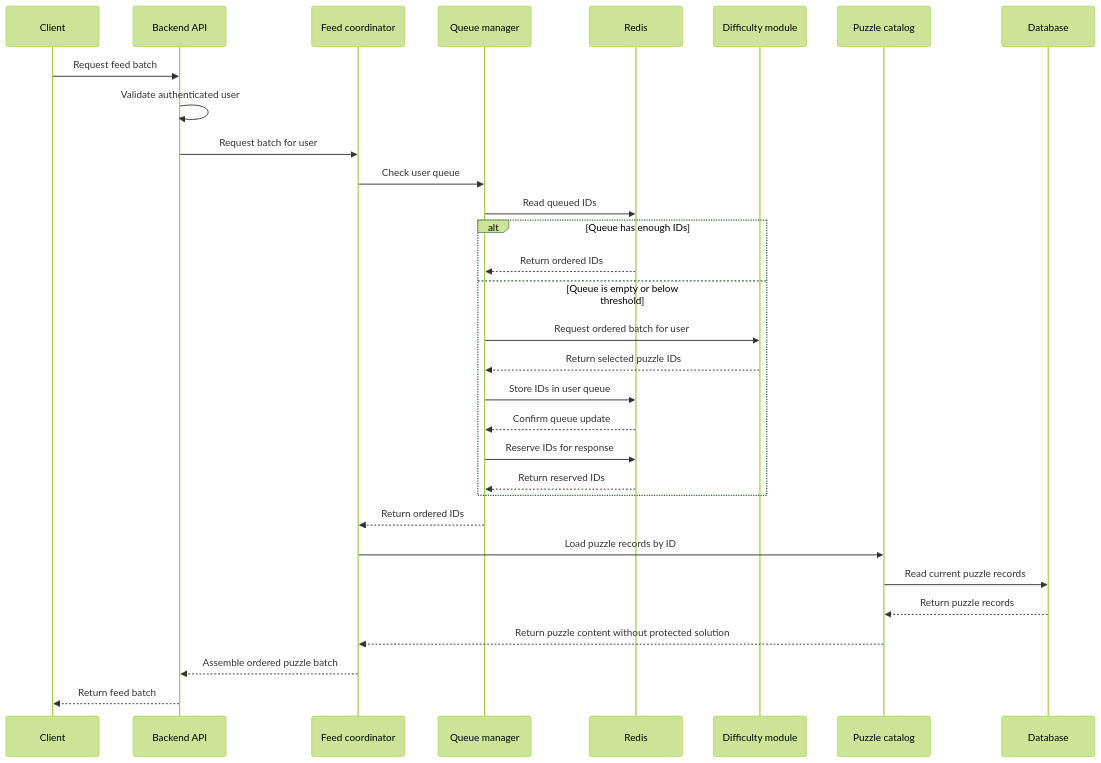
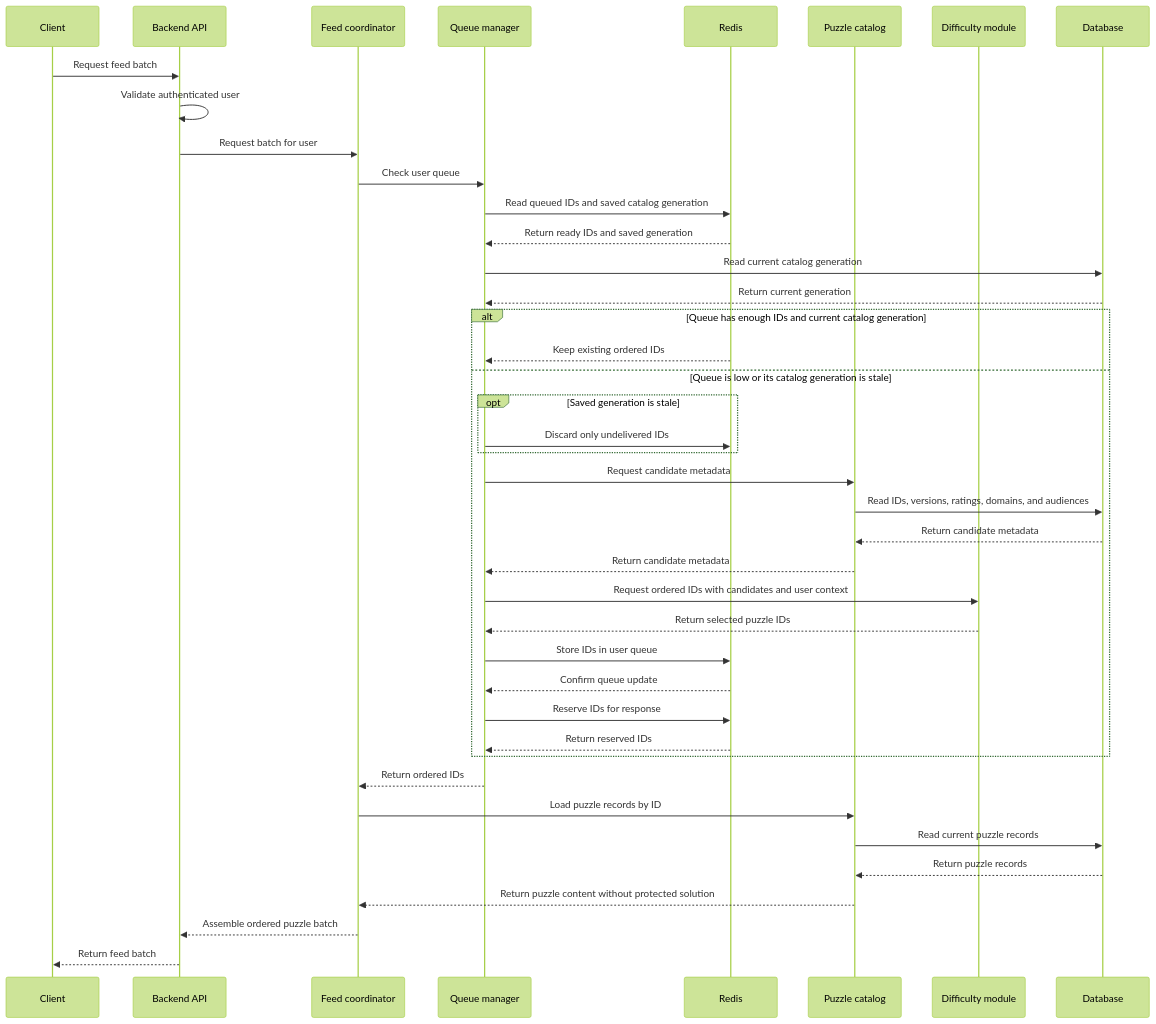
One commit to yassine0010/pikpok changed the third of 9 diagrams in technical-architecture.md. Above: the diagram before and after it, drawn with Mermaid (forest theme). The commit also changed other lines of this file and 8 other files, not shown here.

Commit message:
docs: reorganize project documentation and update technical implementation and architecture specifications

````diff
--- a/technical-architecture.md
+++ b/technical-architecture.md
@@ -710,36 +725,46 @@
 ```mermaid
 sequenceDiagram
     participant C as Client
     participant A as Backend API
     participant F as Feed coordinator
     participant Q as Queue manager
     participant R as Redis
+    participant P as Puzzle catalog
     participant G as Difficulty module
-    participant P as Puzzle catalog
     participant D as Database
 
     C->>A: Request feed batch
     A->>A: Validate authenticated user
     A->>F: Request batch for user
     F->>Q: Check user queue
-    Q->>R: Read queued IDs
+    Q->>R: Read queued IDs and saved catalog generation
+    R-->>Q: Return ready IDs and saved generation
+    Q->>D: Read current catalog generation
+    D-->>Q: Return current generation
 
-    alt Queue has enough IDs
-        R-->>Q: Return ordered IDs
-    else Queue is empty or below threshold
-        Q->>G: Request ordered batch for user
+    alt Queue has enough IDs and current catalog generation
+        R-->>Q: Keep existing ordered IDs
+    else Queue is low or its catalog generation is stale
+        opt Saved generation is stale
+            Q->>R: Discard only undelivered IDs
+        end
+        Q->>P: Request candidate metadata
+        P->>D: Read IDs, versions, ratings, domains, and audiences
+        D-->>P: Return candidate metadata
+        P-->>Q: Return candidate metadata
+        Q->>G: Request ordered IDs with candidates and user context
         G-->>Q: Return selected puzzle IDs
         Q->>R: Store IDs in user queue
         R-->>Q: Confirm queue update
         Q->>R: Reserve IDs for response
         R-->>Q: Return reserved IDs
     end
 
     Q-->>F: Return ordered IDs
     F->>P: Load puzzle records by ID
     P->>D: Read current puzzle records
     D-->>P: Return puzzle records
     P-->>F: Return puzzle content without protected solution
     F-->>A: Assemble ordered puzzle batch
     A-->>C: Return feed batch
 ```
````
